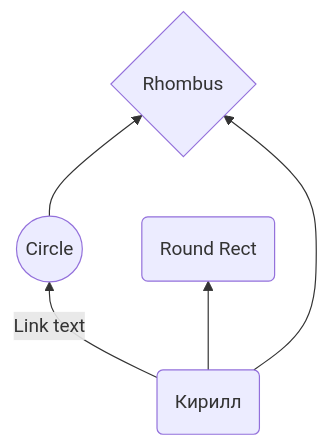
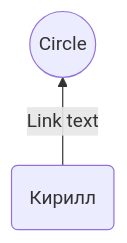
Before and after one commit to yakovlevkll/lucidum101: the diagram in _temp.md, drawn with Mermaid. The commit also changed other lines of this file, not shown here.

Commit message:
_temp.md updated from https://stackedit.io/

````diff
--- a/_temp.md
+++ b/_temp.md
@@ -3,7 +3,5 @@
 ```mermaid
 graph BT
 Nata(Кирилл) -- Link text --> B((Circle))
-Nata --> C(Round Rect)
-B --> D{Rhombus}
-Nata --> D
+
 ```
````
